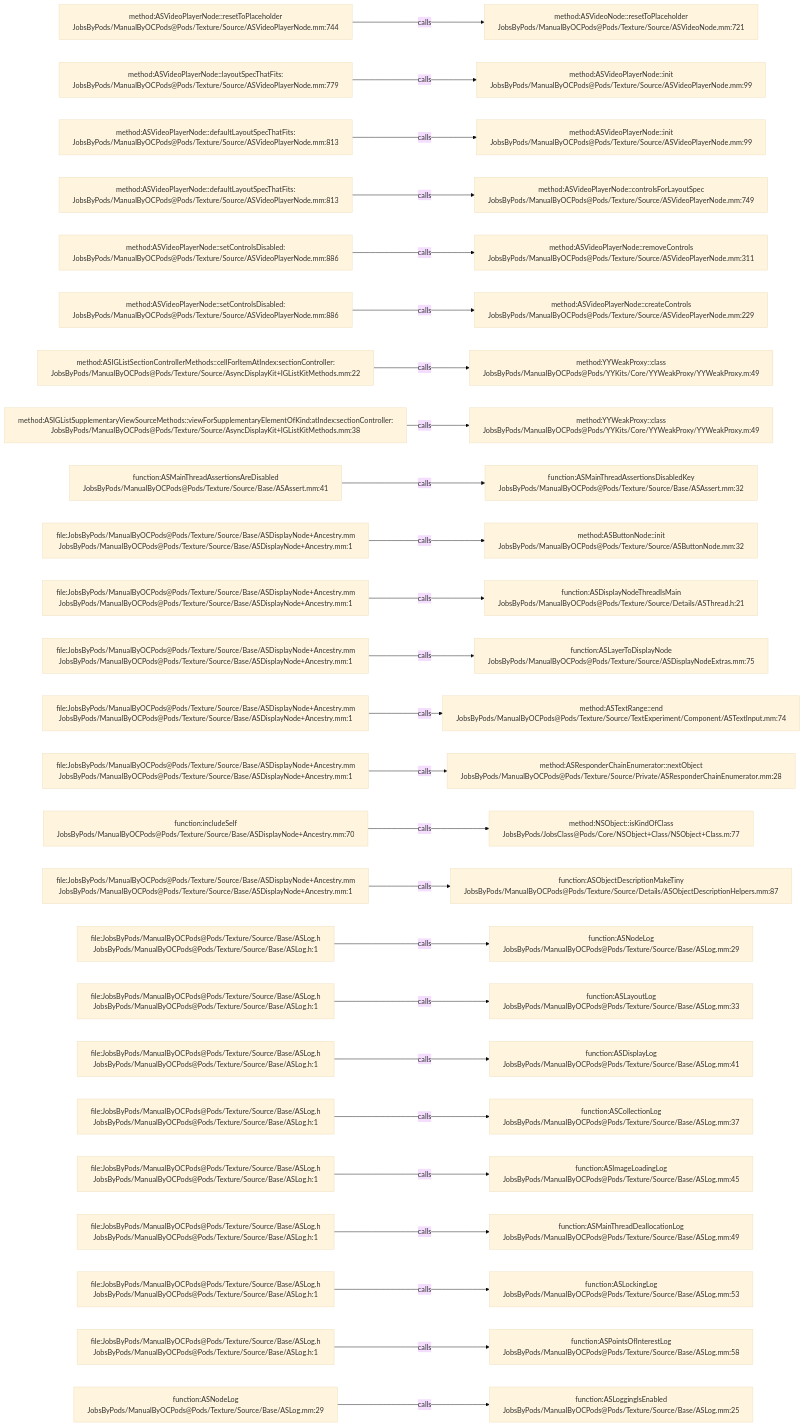
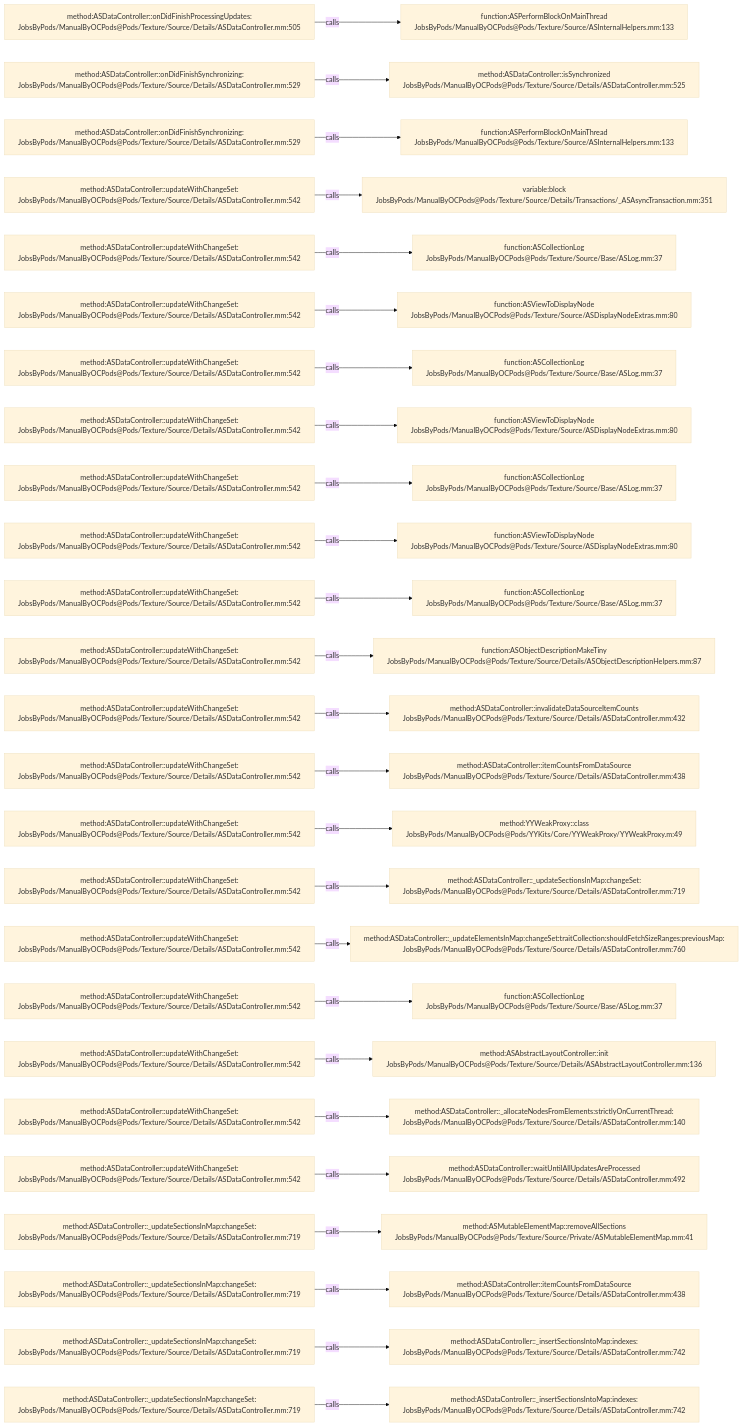
One commit to JobsKits/JobsOCBaseConfigDemo changed the diagram in .codegraph/codegraph.md/graphs/calls-139.md. Above: the diagram before and after it, drawn with Mermaid (base theme). The commit also changed 2723 other files, not shown here.

````diff
--- a/.codegraph/codegraph.md/graphs/calls-139.md
+++ b/.codegraph/codegraph.md/graphs/calls-139.md
@@ -13,78 +13,78 @@
 ```mermaid
 flowchart LR
-  S1["method:ASVideoPlayerNode::resetToPlaceholder<br/>JobsByPods/ManualByOCPods@Pods/Texture/Source/ASVideoPlayerNode.mm:744"]
-  T1["method:ASVideoNode::resetToPlaceholder<br/>JobsByPods/ManualByOCPods@Pods/Texture/Source/ASVideoNode.mm:721"]
+  S1["method:ASDataController::onDidFinishProcessingUpdates:<br/>JobsByPods/ManualByOCPods@Pods/Texture/Source/Details/ASDataController.mm:505"]
+  T1["function:ASPerformBlockOnMainThread<br/>JobsByPods/ManualByOCPods@Pods/Texture/Source/ASInternalHelpers.mm:133"]
   S1 -->|calls| T1
-  S2["method:ASVideoPlayerNode::layoutSpecThatFits:<br/>JobsByPods/ManualByOCPods@Pods/Texture/Source/ASVideoPlayerNode.mm:779"]
-  T2["method:ASVideoPlayerNode::init<br/>JobsByPods/ManualByOCPods@Pods/Texture/Source/ASVideoPlayerNode.mm:99"]
+  S2["method:ASDataController::onDidFinishSynchronizing:<br/>JobsByPods/ManualByOCPods@Pods/Texture/Source/Details/ASDataController.mm:529"]
+  T2["method:ASDataController::isSynchronized<br/>JobsByPods/ManualByOCPods@Pods/Texture/Source/Details/ASDataController.mm:525"]
   S2 -->|calls| T2
-  S3["method:ASVideoPlayerNode::defaultLayoutSpecThatFits:<br/>JobsByPods/ManualByOCPods@Pods/Texture/Source/ASVideoPlayerNode.mm:813"]
-  T3["method:ASVideoPlayerNode::init<br/>JobsByPods/ManualByOCPods@Pods/Texture/Source/ASVideoPlayerNode.mm:99"]
+  S3["method:ASDataController::onDidFinishSynchronizing:<br/>JobsByPods/ManualByOCPods@Pods/Texture/Source/Details/ASDataController.mm:529"]
+  T3["function:ASPerformBlockOnMainThread<br/>JobsByPods/ManualByOCPods@Pods/Texture/Source/ASInternalHelpers.mm:133"]
   S3 -->|calls| T3
-  S4["method:ASVideoPlayerNode::defaultLayoutSpecThatFits:<br/>JobsByPods/ManualByOCPods@Pods/Texture/Source/ASVideoPlayerNode.mm:813"]
-  T4["method:ASVideoPlayerNode::controlsForLayoutSpec<br/>JobsByPods/ManualByOCPods@Pods/Texture/Source/ASVideoPlayerNode.mm:749"]
+  S4["method:ASDataController::updateWithChangeSet:<br/>JobsByPods/ManualByOCPods@Pods/Texture/Source/Details/ASDataController.mm:542"]
+  T4["variable:block<br/>JobsByPods/ManualByOCPods@Pods/Texture/Source/Details/Transactions/_ASAsyncTransaction.mm:351"]
   S4 -->|calls| T4
-  S5["method:ASVideoPlayerNode::setControlsDisabled:<br/>JobsByPods/ManualByOCPods@Pods/Texture/Source/ASVideoPlayerNode.mm:886"]
-  T5["method:ASVideoPlayerNode::removeControls<br/>JobsByPods/ManualByOCPods@Pods/Texture/Source/ASVideoPlayerNode.mm:311"]
+  S5["method:ASDataController::updateWithChangeSet:<br/>JobsByPods/ManualByOCPods@Pods/Texture/Source/Details/ASDataController.mm:542"]
+  T5["function:ASCollectionLog<br/>JobsByPods/ManualByOCPods@Pods/Texture/Source/Base/ASLog.mm:37"]
   S5 -->|calls| T5
-  S6["method:ASVideoPlayerNode::setControlsDisabled:<br/>JobsByPods/ManualByOCPods@Pods/Texture/Source/ASVideoPlayerNode.mm:886"]
-  T6["method:ASVideoPlayerNode::createControls<br/>JobsByPods/ManualByOCPods@Pods/Texture/Source/ASVideoPlayerNode.mm:229"]
+  S6["method:ASDataController::updateWithChangeSet:<br/>JobsByPods/ManualByOCPods@Pods/Texture/Source/Details/ASDataController.mm:542"]
+  T6["function:ASViewToDisplayNode<br/>JobsByPods/ManualByOCPods@Pods/Texture/Source/ASDisplayNodeExtras.mm:80"]
   S6 -->|calls| T6
-  S7["method:ASIGListSectionControllerMethods::cellForItemAtIndex:sectionController:<br/>JobsByPods/ManualByOCPods@Pods/Texture/Source/AsyncDisplayKit+IGListKitMethods.mm:22"]
-  T7["method:YYWeakProxy::class<br/>JobsByPods/ManualByOCPods@Pods/YYKits/Core/YYWeakProxy/YYWeakProxy.m:49"]
+  S7["method:ASDataController::updateWithChangeSet:<br/>JobsByPods/ManualByOCPods@Pods/Texture/Source/Details/ASDataController.mm:542"]
+  T7["function:ASCollectionLog<br/>JobsByPods/ManualByOCPods@Pods/Texture/Source/Base/ASLog.mm:37"]
   S7 -->|calls| T7
-  S8["method:ASIGListSupplementaryViewSourceMethods::viewForSupplementaryElementOfKind:atIndex:sectionController:<br/>JobsByPods/ManualByOCPods@Pods/Texture/Source/AsyncDisplayKit+IGListKitMethods.mm:38"]
-  T8["method:YYWeakProxy::class<br/>JobsByPods/ManualByOCPods@Pods/YYKits/Core/YYWeakProxy/YYWeakProxy.m:49"]
+  S8["method:ASDataController::updateWithChangeSet:<br/>JobsByPods/ManualByOCPods@Pods/Texture/Source/Details/ASDataController.mm:542"]
+  T8["function:ASViewToDisplayNode<br/>JobsByPods/ManualByOCPods@Pods/Texture/Source/ASDisplayNodeExtras.mm:80"]
   S8 -->|calls| T8
-  S9["function:ASMainThreadAssertionsAreDisabled<br/>JobsByPods/ManualByOCPods@Pods/Texture/Source/Base/ASAssert.mm:41"]
-  T9["function:ASMainThreadAssertionsDisabledKey<br/>JobsByPods/ManualByOCPods@Pods/Texture/Source/Base/ASAssert.mm:32"]
+  S9["method:ASDataController::updateWithChangeSet:<br/>JobsByPods/ManualByOCPods@Pods/Texture/Source/Details/ASDataController.mm:542"]
+  T9["function:ASCollectionLog<br/>JobsByPods/ManualByOCPods@Pods/Texture/Source/Base/ASLog.mm:37"]
   S9 -->|calls| T9
-  S10["file:JobsByPods/ManualByOCPods@Pods/Texture/Source/Base/ASDisplayNode+Ancestry.mm<br/>JobsByPods/ManualByOCPods@Pods/Texture/Source/Base/ASDisplayNode+Ancestry.mm:1"]
-  T10["method:ASButtonNode::init<br/>JobsByPods/ManualByOCPods@Pods/Texture/Source/ASButtonNode.mm:32"]
+  S10["method:ASDataController::updateWithChangeSet:<br/>JobsByPods/ManualByOCPods@Pods/Texture/Source/Details/ASDataController.mm:542"]
+  T10["function:ASViewToDisplayNode<br/>JobsByPods/ManualByOCPods@Pods/Texture/Source/ASDisplayNodeExtras.mm:80"]
   S10 -->|calls| T10
-  S11["file:JobsByPods/ManualByOCPods@Pods/Texture/Source/Base/ASDisplayNode+Ancestry.mm<br/>JobsByPods/ManualByOCPods@Pods/Texture/Source/Base/ASDisplayNode+Ancestry.mm:1"]
-  T11["function:ASDisplayNodeThreadIsMain<br/>JobsByPods/ManualByOCPods@Pods/Texture/Source/Details/ASThread.h:21"]
+  S11["method:ASDataController::updateWithChangeSet:<br/>JobsByPods/ManualByOCPods@Pods/Texture/Source/Details/ASDataController.mm:542"]
+  T11["function:ASCollectionLog<br/>JobsByPods/ManualByOCPods@Pods/Texture/Source/Base/ASLog.mm:37"]
   S11 -->|calls| T11
-  S12["file:JobsByPods/ManualByOCPods@Pods/Texture/Source/Base/ASDisplayNode+Ancestry.mm<br/>JobsByPods/ManualByOCPods@Pods/Texture/Source/Base/ASDisplayNode+Ancestry.mm:1"]
-  T12["function:ASLayerToDisplayNode<br/>JobsByPods/ManualByOCPods@Pods/Texture/Source/ASDisplayNodeExtras.mm:75"]
+  S12["method:ASDataController::updateWithChangeSet:<br/>JobsByPods/ManualByOCPods@Pods/Texture/Source/Details/ASDataController.mm:542"]
+  T12["function:ASObjectDescriptionMakeTiny<br/>JobsByPods/ManualByOCPods@Pods/Texture/Source/Details/ASObjectDescriptionHelpers.mm:87"]
   S12 -->|calls| T12
-  S13["file:JobsByPods/ManualByOCPods@Pods/Texture/Source/Base/ASDisplayNode+Ancestry.mm<br/>JobsByPods/ManualByOCPods@Pods/Texture/Source/Base/ASDisplayNode+Ancestry.mm:1"]
-  T13["method:ASTextRange::end<br/>JobsByPods/ManualByOCPods@Pods/Texture/Source/TextExperiment/Component/ASTextInput.mm:74"]
+  S13["method:ASDataController::updateWithChangeSet:<br/>JobsByPods/ManualByOCPods@Pods/Texture/Source/Details/ASDataController.mm:542"]
+  T13["method:ASDataController::invalidateDataSourceItemCounts<br/>JobsByPods/ManualByOCPods@Pods/Texture/Source/Details/ASDataController.mm:432"]
   S13 -->|calls| T13
-  S14["file:JobsByPods/ManualByOCPods@Pods/Texture/Source/Base/ASDisplayNode+Ancestry.mm<br/>JobsByPods/ManualByOCPods@Pods/Texture/Source/Base/ASDisplayNode+Ancestry.mm:1"]
-  T14["method:ASResponderChainEnumerator::nextObject<br/>JobsByPods/ManualByOCPods@Pods/Texture/Source/Private/ASResponderChainEnumerator.mm:28"]
+  S14["method:ASDataController::updateWithChangeSet:<br/>JobsByPods/ManualByOCPods@Pods/Texture/Source/Details/ASDataController.mm:542"]
+  T14["method:ASDataController::itemCountsFromDataSource<br/>JobsByPods/ManualByOCPods@Pods/Texture/Source/Details/ASDataController.mm:438"]
   S14 -->|calls| T14
-  S15["function:includeSelf<br/>JobsByPods/ManualByOCPods@Pods/Texture/Source/Base/ASDisplayNode+Ancestry.mm:70"]
-  T15["method:NSObject::isKindOfClass<br/>JobsByPods/JobsClass@Pods/Core/NSObject+Class/NSObject+Class.m:77"]
+  S15["method:ASDataController::updateWithChangeSet:<br/>JobsByPods/ManualByOCPods@Pods/Texture/Source/Details/ASDataController.mm:542"]
+  T15["method:YYWeakProxy::class<br/>JobsByPods/ManualByOCPods@Pods/YYKits/Core/YYWeakProxy/YYWeakProxy.m:49"]
   S15 -->|calls| T15
-  S16["file:JobsByPods/ManualByOCPods@Pods/Texture/Source/Base/ASDisplayNode+Ancestry.mm<br/>JobsByPods/ManualByOCPods@Pods/Texture/Source/Base/ASDisplayNode+Ancestry.mm:1"]
-  T16["function:ASObjectDescriptionMakeTiny<br/>JobsByPods/ManualByOCPods@Pods/Texture/Source/Details/ASObjectDescriptionHelpers.mm:87"]
+  S16["method:ASDataController::updateWithChangeSet:<br/>JobsByPods/ManualByOCPods@Pods/Texture/Source/Details/ASDataController.mm:542"]
+  T16["method:ASDataController::_updateSectionsInMap:changeSet:<br/>JobsByPods/ManualByOCPods@Pods/Texture/Source/Details/ASDataController.mm:719"]
   S16 -->|calls| T16
-  S17["file:JobsByPods/ManualByOCPods@Pods/Texture/Source/Base/ASLog.h<br/>JobsByPods/ManualByOCPods@Pods/Texture/Source/Base/ASLog.h:1"]
-  T17["function:ASNodeLog<br/>JobsByPods/ManualByOCPods@Pods/Texture/Source/Base/ASLog.mm:29"]
+  S17["method:ASDataController::updateWithChangeSet:<br/>JobsByPods/ManualByOCPods@Pods/Texture/Source/Details/ASDataController.mm:542"]
+  T17["method:ASDataController::_updateElementsInMap:changeSet:traitCollection:shouldFetchSizeRanges:previousMap:<br/>JobsByPods/ManualByOCPods@Pods/Texture/Source/Details/ASDataController.mm:760"]
   S17 -->|calls| T17
-  S18["file:JobsByPods/ManualByOCPods@Pods/Texture/Source/Base/ASLog.h<br/>JobsByPods/ManualByOCPods@Pods/Texture/Source/Base/ASLog.h:1"]
-  T18["function:ASLayoutLog<br/>JobsByPods/ManualByOCPods@Pods/Texture/Source/Base/ASLog.mm:33"]
+  S18["method:ASDataController::updateWithChangeSet:<br/>JobsByPods/ManualByOCPods@Pods/Texture/Source/Details/ASDataController.mm:542"]
+  T18["function:ASCollectionLog<br/>JobsByPods/ManualByOCPods@Pods/Texture/Source/Base/ASLog.mm:37"]
   S18 -->|calls| T18
-  S19["file:JobsByPods/ManualByOCPods@Pods/Texture/Source/Base/ASLog.h<br/>JobsByPods/ManualByOCPods@Pods/Texture/Source/Base/ASLog.h:1"]
-  T19["function:ASDisplayLog<br/>JobsByPods/ManualByOCPods@Pods/Texture/Source/Base/ASLog.mm:41"]
+  S19["method:ASDataController::updateWithChangeSet:<br/>JobsByPods/ManualByOCPods@Pods/Texture/Source/Details/ASDataController.mm:542"]
+  T19["method:ASAbstractLayoutController::init<br/>JobsByPods/ManualByOCPods@Pods/Texture/Source/Details/ASAbstractLayoutController.mm:136"]
   S19 -->|calls| T19
-  S20["file:JobsByPods/ManualByOCPods@Pods/Texture/Source/Base/ASLog.h<br/>JobsByPods/ManualByOCPods@Pods/Texture/Source/Base/ASLog.h:1"]
-  T20["function:ASCollectionLog<br/>JobsByPods/ManualByOCPods@Pods/Texture/Source/Base/ASLog.mm:37"]
+  S20["method:ASDataController::updateWithChangeSet:<br/>JobsByPods/ManualByOCPods@Pods/Texture/Source/Details/ASDataController.mm:542"]
+  T20["method:ASDataController::_allocateNodesFromElements:strictlyOnCurrentThread:<br/>JobsByPods/ManualByOCPods@Pods/Texture/Source/Details/ASDataController.mm:140"]
   S20 -->|calls| T20
-  S21["file:JobsByPods/ManualByOCPods@Pods/Texture/Source/Base/ASLog.h<br/>JobsByPods/ManualByOCPods@Pods/Texture/Source/Base/ASLog.h:1"]
-  T21["function:ASImageLoadingLog<br/>JobsByPods/ManualByOCPods@Pods/Texture/Source/Base/ASLog.mm:45"]
+  S21["method:ASDataController::updateWithChangeSet:<br/>JobsByPods/ManualByOCPods@Pods/Texture/Source/Details/ASDataController.mm:542"]
+  T21["method:ASDataController::waitUntilAllUpdatesAreProcessed<br/>JobsByPods/ManualByOCPods@Pods/Texture/Source/Details/ASDataController.mm:492"]
   S21 -->|calls| T21
-  S22["file:JobsByPods/ManualByOCPods@Pods/Texture/Source/Base/ASLog.h<br/>JobsByPods/ManualByOCPods@Pods/Texture/Source/Base/ASLog.h:1"]
-  T22["function:ASMainThreadDeallocationLog<br/>JobsByPods/ManualByOCPods@Pods/Texture/Source/Base/ASLog.mm:49"]
+  S22["method:ASDataController::_updateSectionsInMap:changeSet:<br/>JobsByPods/ManualByOCPods@Pods/Texture/Source/Details/ASDataController.mm:719"]
+  T22["method:ASMutableElementMap::removeAllSections<br/>JobsByPods/ManualByOCPods@Pods/Texture/Source/Private/ASMutableElementMap.mm:41"]
   S22 -->|calls| T22
-  S23["file:JobsByPods/ManualByOCPods@Pods/Texture/Source/Base/ASLog.h<br/>JobsByPods/ManualByOCPods@Pods/Texture/Source/Base/ASLog.h:1"]
-  T23["function:ASLockingLog<br/>JobsByPods/ManualByOCPods@Pods/Texture/Source/Base/ASLog.mm:53"]
+  S23["method:ASDataController::_updateSectionsInMap:changeSet:<br/>JobsByPods/ManualByOCPods@Pods/Texture/Source/Details/ASDataController.mm:719"]
+  T23["method:ASDataController::itemCountsFromDataSource<br/>JobsByPods/ManualByOCPods@Pods/Texture/Source/Details/ASDataController.mm:438"]
   S23 -->|calls| T23
-  S24["file:JobsByPods/ManualByOCPods@Pods/Texture/Source/Base/ASLog.h<br/>JobsByPods/ManualByOCPods@Pods/Texture/Source/Base/ASLog.h:1"]
-  T24["function:ASPointsOfInterestLog<br/>JobsByPods/ManualByOCPods@Pods/Texture/Source/Base/ASLog.mm:58"]
+  S24["method:ASDataController::_updateSectionsInMap:changeSet:<br/>JobsByPods/ManualByOCPods@Pods/Texture/Source/Details/ASDataController.mm:719"]
+  T24["method:ASDataController::_insertSectionsIntoMap:indexes:<br/>JobsByPods/ManualByOCPods@Pods/Texture/Source/Details/ASDataController.mm:742"]
   S24 -->|calls| T24
-  S25["function:ASNodeLog<br/>JobsByPods/ManualByOCPods@Pods/Texture/Source/Base/ASLog.mm:29"]
-  T25["function:ASLoggingIsEnabled<br/>JobsByPods/ManualByOCPods@Pods/Texture/Source/Base/ASLog.mm:25"]
+  S25["method:ASDataController::_updateSectionsInMap:changeSet:<br/>JobsByPods/ManualByOCPods@Pods/Texture/Source/Details/ASDataController.mm:719"]
+  T25["method:ASDataController::_insertSectionsIntoMap:indexes:<br/>JobsByPods/ManualByOCPods@Pods/Texture/Source/Details/ASDataController.mm:742"]
   S25 -->|calls| T25
 ```
````
